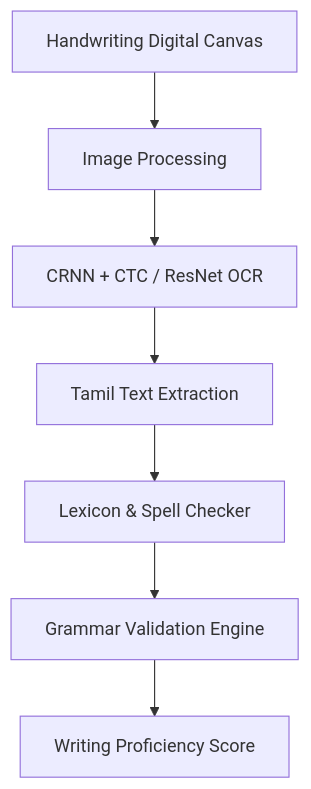
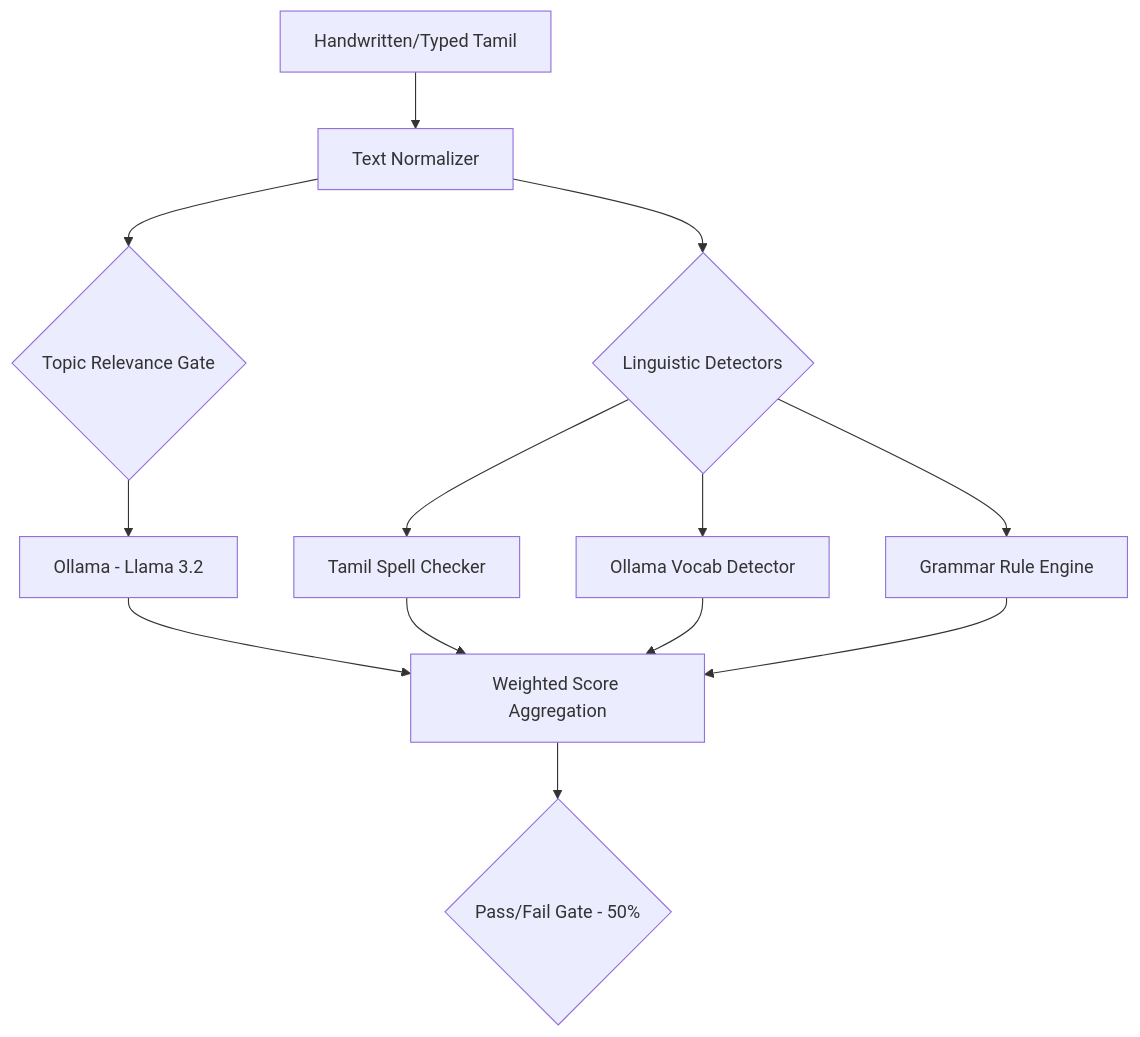
The diagram in tamil writing skill/README.md (Saravanan2005real/Tamil-Prouficiency-Assesment-Platform-IITM), drawn with Mermaid before and after one commit. The commit also changed 5 other files, not shown here.

Commit message:
Update module architecture diagrams to match actual implementation logic (Groq, Ollama, Whisper, Gates)

````diff
--- a/tamil writing skill/README.md
+++ b/tamil writing skill/README.md
@@ -5,9 +5,12 @@
 ```mermaid
 graph TD
-    Canvas[Handwriting Digital Canvas] --> Raster[Image Processing]
-    Raster --> OCR[CRNN + CTC / ResNet OCR]
-    OCR --> Text[Tamil Text Extraction]
-    Text --> Lexicon[Lexicon & Spell Checker]
-    Lexicon --> Grammar[Grammar Validation Engine]
-    Grammar --> FinalScore[Writing Proficiency Score]
+    Input[Handwritten/Typed Tamil] --> Clean[Text Normalizer]
+    Clean --> Relevance{Topic Relevance Gate}
+    Relevance --> LLM[Ollama - Llama 3.2]
+    Clean --> Linguistic{Linguistic Detectors}
+    Linguistic --> Spell[Tamil Spell Checker]
+    Linguistic --> Vocab[Ollama Vocab Detector]
+    Linguistic --> Grammar[Grammar Rule Engine]
+    LLM & Spell & Vocab & Grammar --> Scoring[Weighted Score Aggregation]
+    Scoring --> Threshold{Pass/Fail Gate - 50%}
 ```
````
